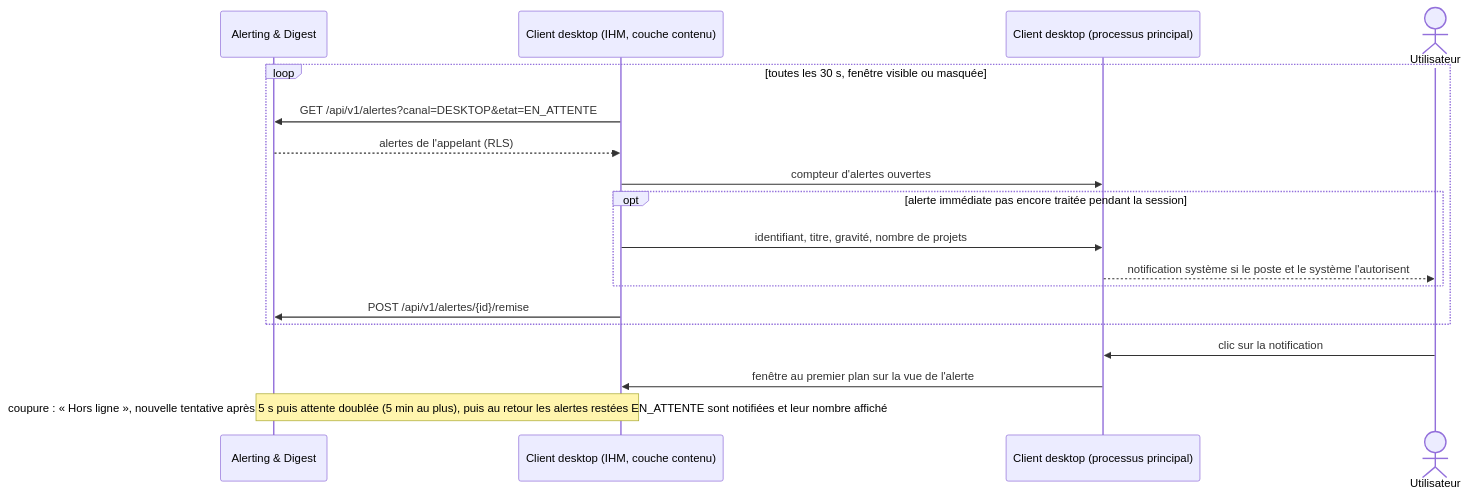
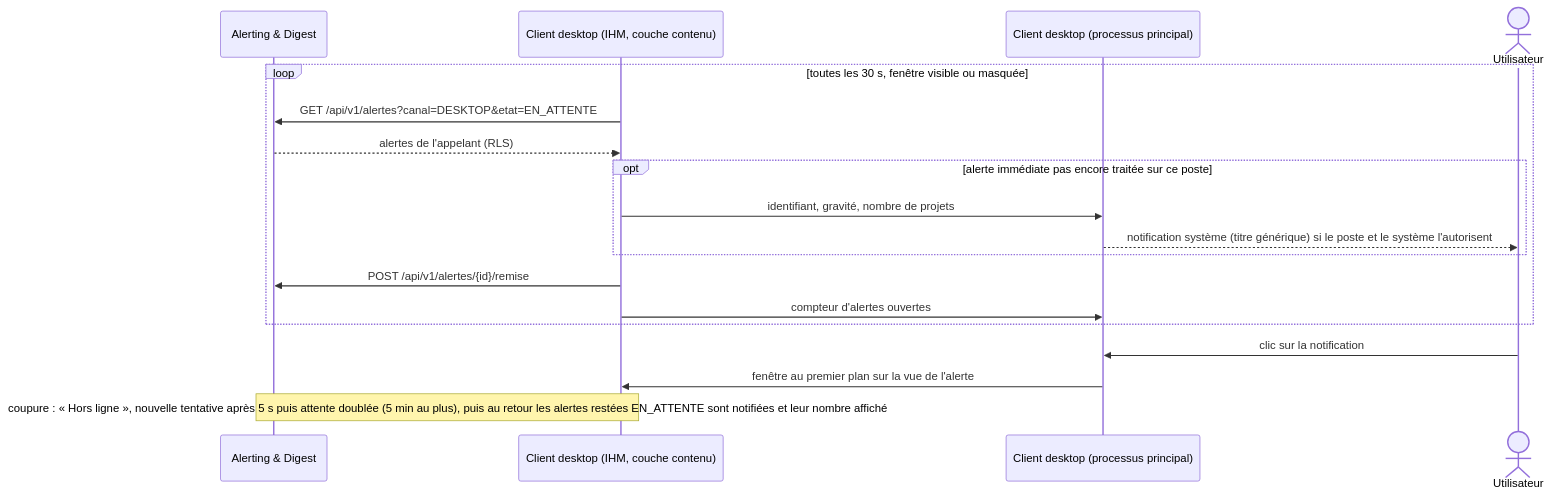
Before and after one commit to FTurleque/argos-tech-platform: the third of 6 diagrams in docs/architecture/arc42/06-vue-execution.md, drawn with Mermaid. The commit also changed other lines of this file and 14 other files, not shown here.

First line of the commit message:
fix(notifications-poste): titre générique, absence de doublon après rechargement et réglages bornés

````diff
--- a/docs/architecture/arc42/06-vue-execution.md
+++ b/docs/architecture/arc42/06-vue-execution.md
@@ -111,21 +111,21 @@
 ```mermaid
 sequenceDiagram
     participant Alert as Alerting & Digest
     participant UI as Client desktop (IHM, couche contenu)
     participant Main as Client desktop (processus principal)
     actor U as Utilisateur
 
     loop toutes les 30 s, fenêtre visible ou masquée
         UI->>Alert: GET /api/v1/alertes?canal=DESKTOP&etat=EN_ATTENTE
         Alert-->>UI: alertes de l'appelant (RLS)
-        UI->>Main: compteur d'alertes ouvertes
-        opt alerte immédiate pas encore traitée pendant la session
-            UI->>Main: identifiant, titre, gravité, nombre de projets
-            Main-->>U: notification système si le poste et le système l'autorisent
+        opt alerte immédiate pas encore traitée sur ce poste
+            UI->>Main: identifiant, gravité, nombre de projets
+            Main-->>U: notification système (titre générique) si le poste et le système l'autorisent
         end
         UI->>Alert: POST /api/v1/alertes/{id}/remise
+        UI->>Main: compteur d'alertes ouvertes
     end
     U->>Main: clic sur la notification
     Main->>UI: fenêtre au premier plan sur la vue de l'alerte
     Note over UI,Alert: coupure : « Hors ligne », nouvelle tentative après 5 s puis attente doublée (5 min au plus), puis au retour les alertes restées EN_ATTENTE sont notifiées et leur nombre affiché
 ```
````
